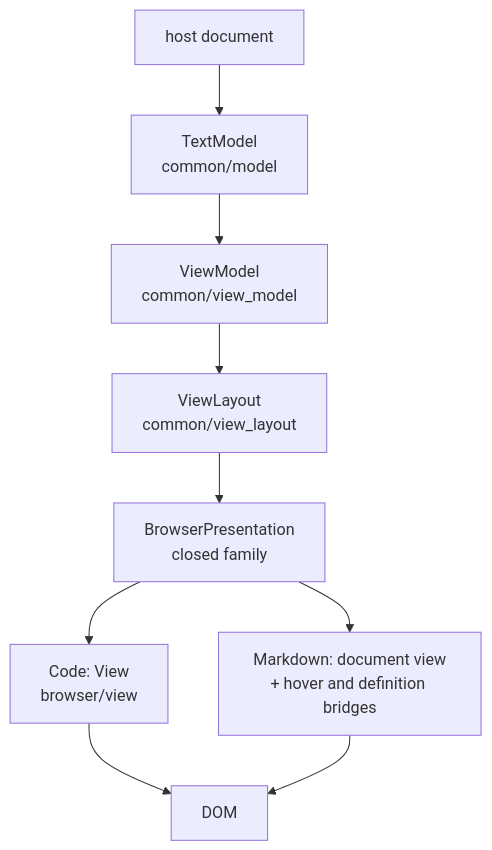
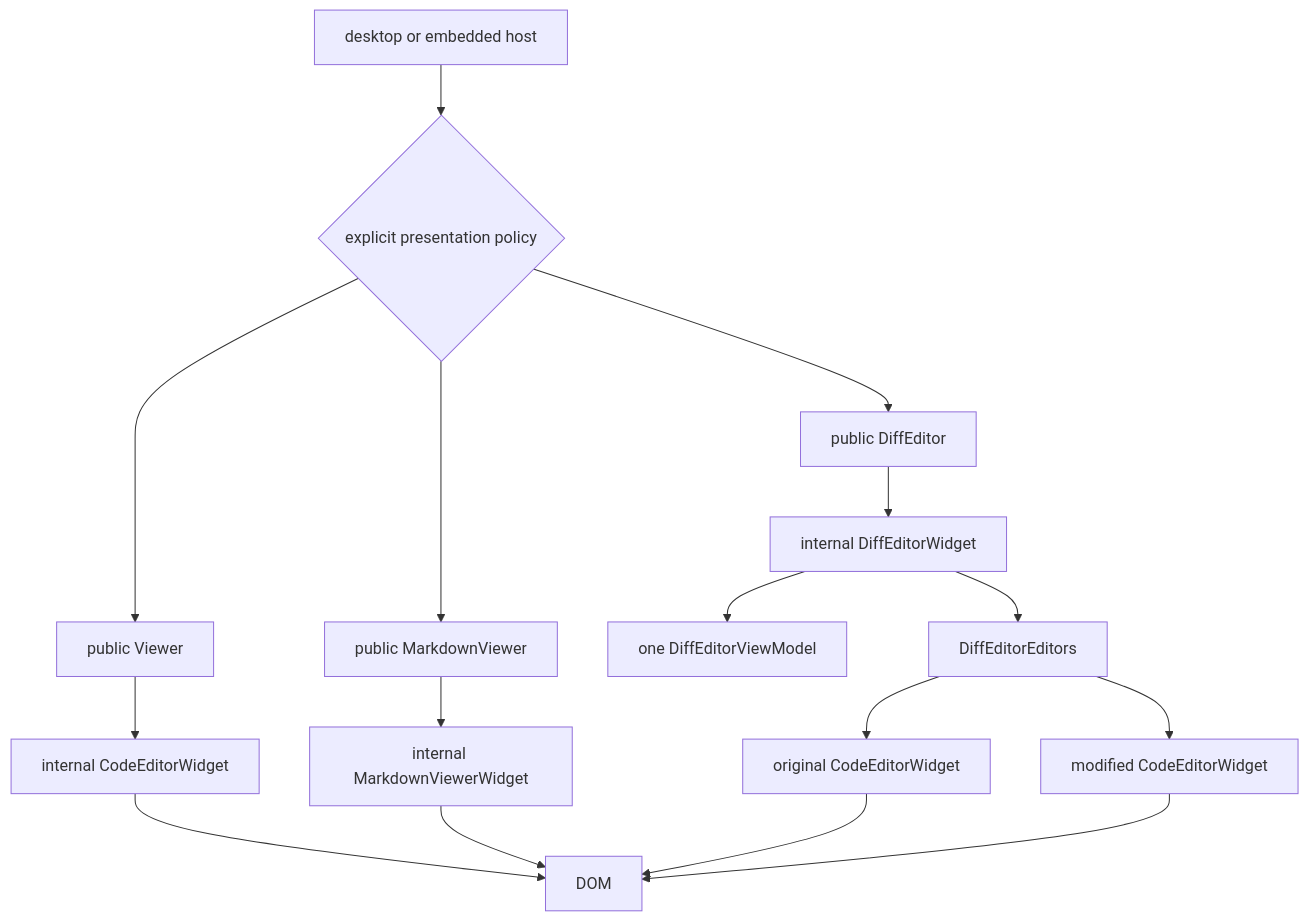
Before and after one commit to 0717lee/openseek: the first of 4 diagrams in editor/docs/architecture.md, drawn with Mermaid. The commit also changed other lines of this file and 304 other files, not shown here.

Commit message:
refactor(editor): rebuild diff viewer around code editor kernels

````diff
--- a/editor/docs/architecture.md
+++ b/editor/docs/architecture.md
@@ -25,11 +25,18 @@
 ```mermaid
 flowchart TB
-  A[host document] --> B[TextModel<br>common/model]
-  B --> C[ViewModel<br>common/view_model]
-  C --> D[ViewLayout<br>common/view_layout]
-  D --> E[BrowserPresentation<br>closed family]
-  E --> F[Code: View<br>browser/view]
-  E --> G[Markdown: document view<br>+ hover and definition bridges]
-  F --> H[DOM]
-  G --> H
+  H[desktop or embedded host] --> P{explicit presentation policy}
+  P --> V[public Viewer]
+  P --> M[public MarkdownViewer]
+  P --> D[public DiffEditor]
+  V --> C[internal CodeEditorWidget]
+  M --> MW[internal MarkdownViewerWidget]
+  D --> DW[internal DiffEditorWidget]
+  DW --> VM[one DiffEditorViewModel]
+  DW --> E[DiffEditorEditors]
+  E --> O[original CodeEditorWidget]
+  E --> N[modified CodeEditorWidget]
+  C --> DOM[DOM]
+  MW --> DOM
+  O --> DOM
+  N --> DOM
 ```
````
